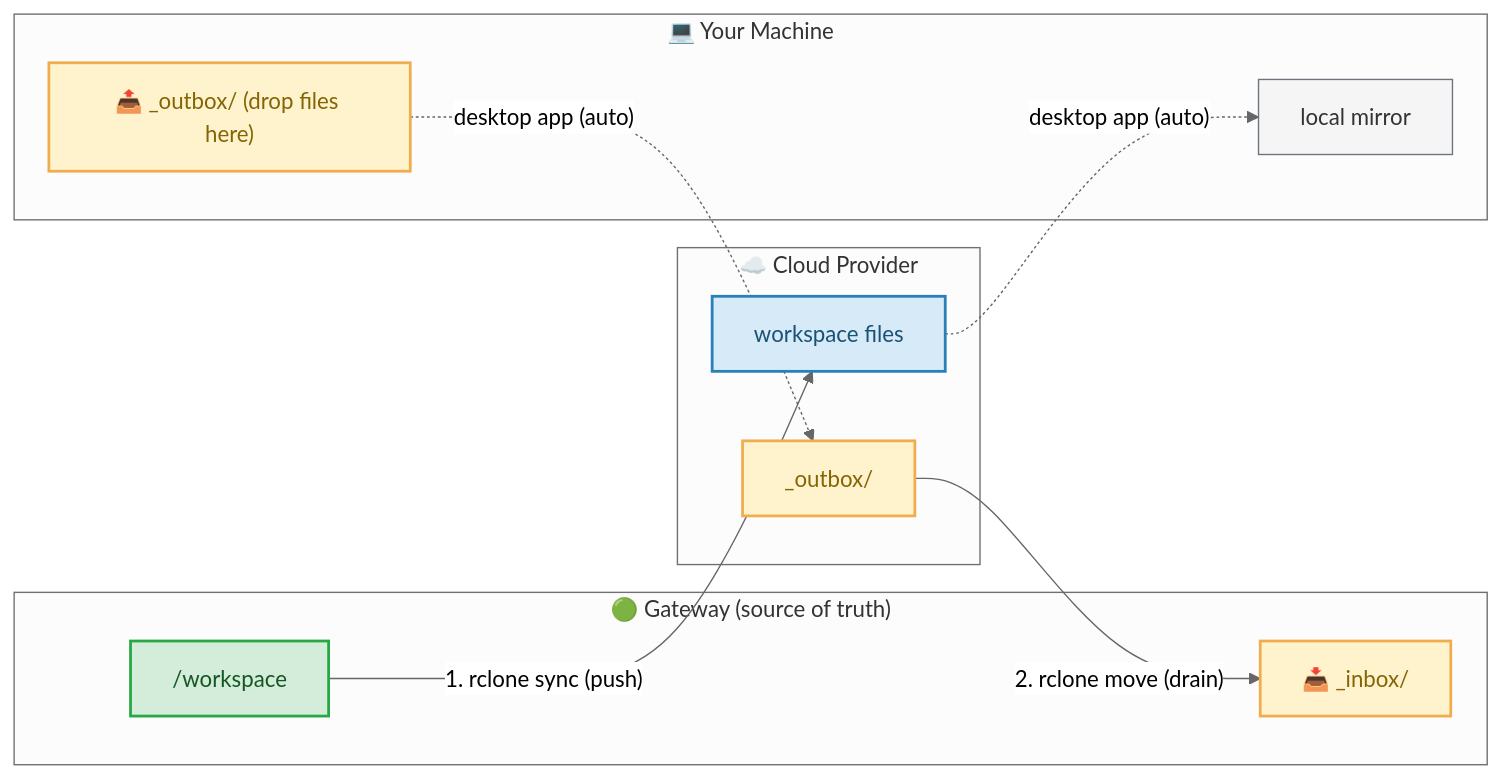
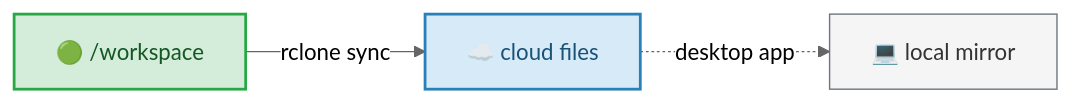
The first of 4 diagrams in README.md (ashbrener/openclaw-workspace-sync), drawn with Mermaid (neutral theme) before and after one commit. The commit also changed other lines of this file, not shown here.

Commit message:
fix: split mailbox diagram into two clean linear flows

````diff
--- a/README.md
+++ b/README.md
@@ -44,29 +46,11 @@
 ```mermaid
 flowchart LR
-    subgraph GW["🟢 Gateway (source of truth)"]
-        WS["/workspace"]
-        INBOX["📥 _inbox/"]
-    end
-    subgraph CLOUD["☁️ Cloud Provider"]
-        CF["workspace files"]
-        OUTBOX_C["_outbox/"]
-    end
-    subgraph LOCAL["💻 Your Machine"]
-        LM["local mirror"]
-        OUTBOX_L["📤 _outbox/ (drop files here)"]
-    end
-    WS -- "1. rclone sync (push)" --> CF
-    CF -. "desktop app (auto)" .-> LM
-    OUTBOX_L -. "desktop app (auto)" .-> OUTBOX_C
-    OUTBOX_C -- "2. rclone move (drain)" --> INBOX
+    WS["🟢 /workspace"] -- "rclone sync" --> CF["☁️ cloud files"] -. "desktop app" .-> LM["💻 local mirror"]
 
     classDef gateway fill:#d4edda,stroke:#28a745,stroke-width:2px,color:#155724
     classDef cloud fill:#d6eaf8,stroke:#2980b9,stroke-width:2px,color:#1a5276
     classDef local fill:#f5f5f5,stroke:#6c757d,stroke-width:1px,color:#333
-    classDef exchange fill:#fff3cd,stroke:#f0ad4e,stroke-width:2px,color:#856404
-
     class WS gateway
     class CF cloud
     class LM local
-    class INBOX,OUTBOX_L,OUTBOX_C exchange
 ```
````
